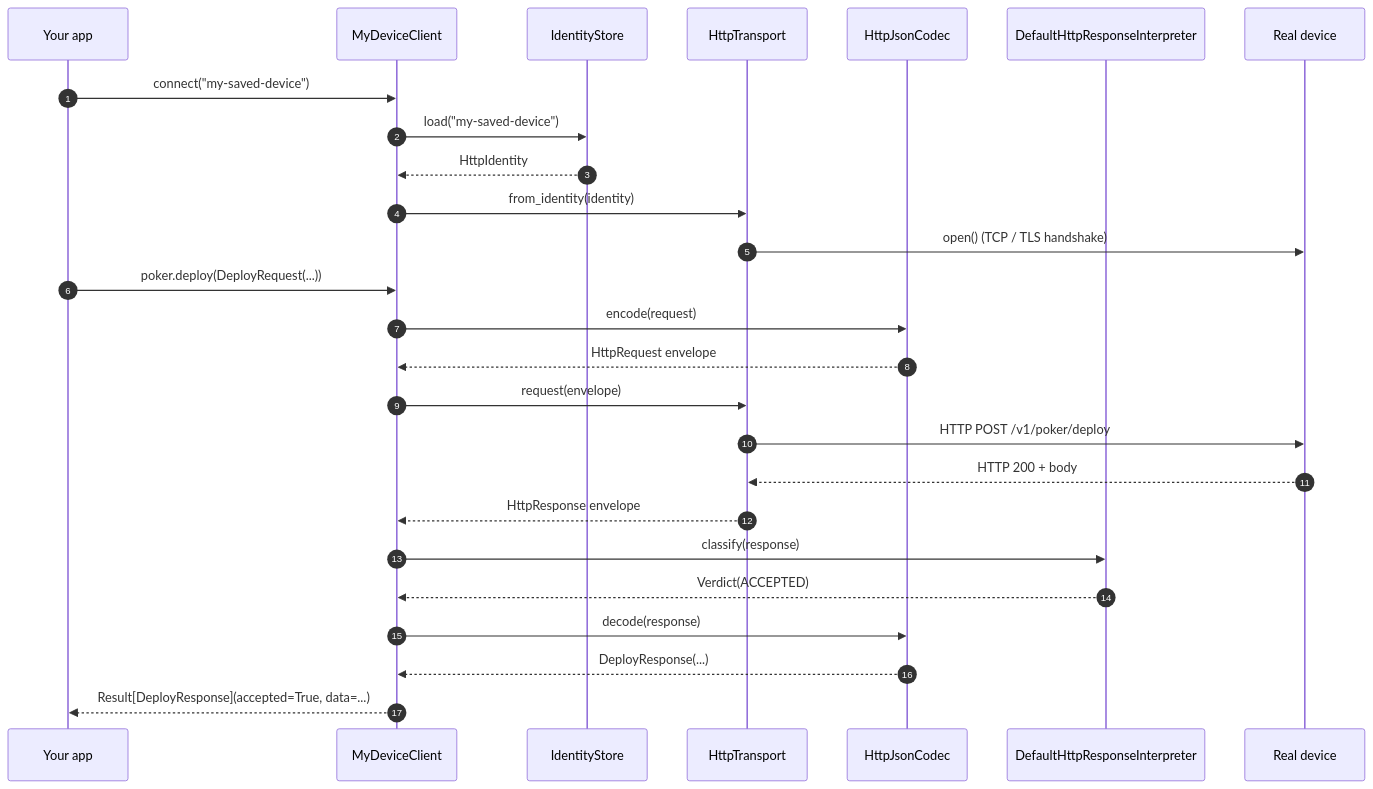
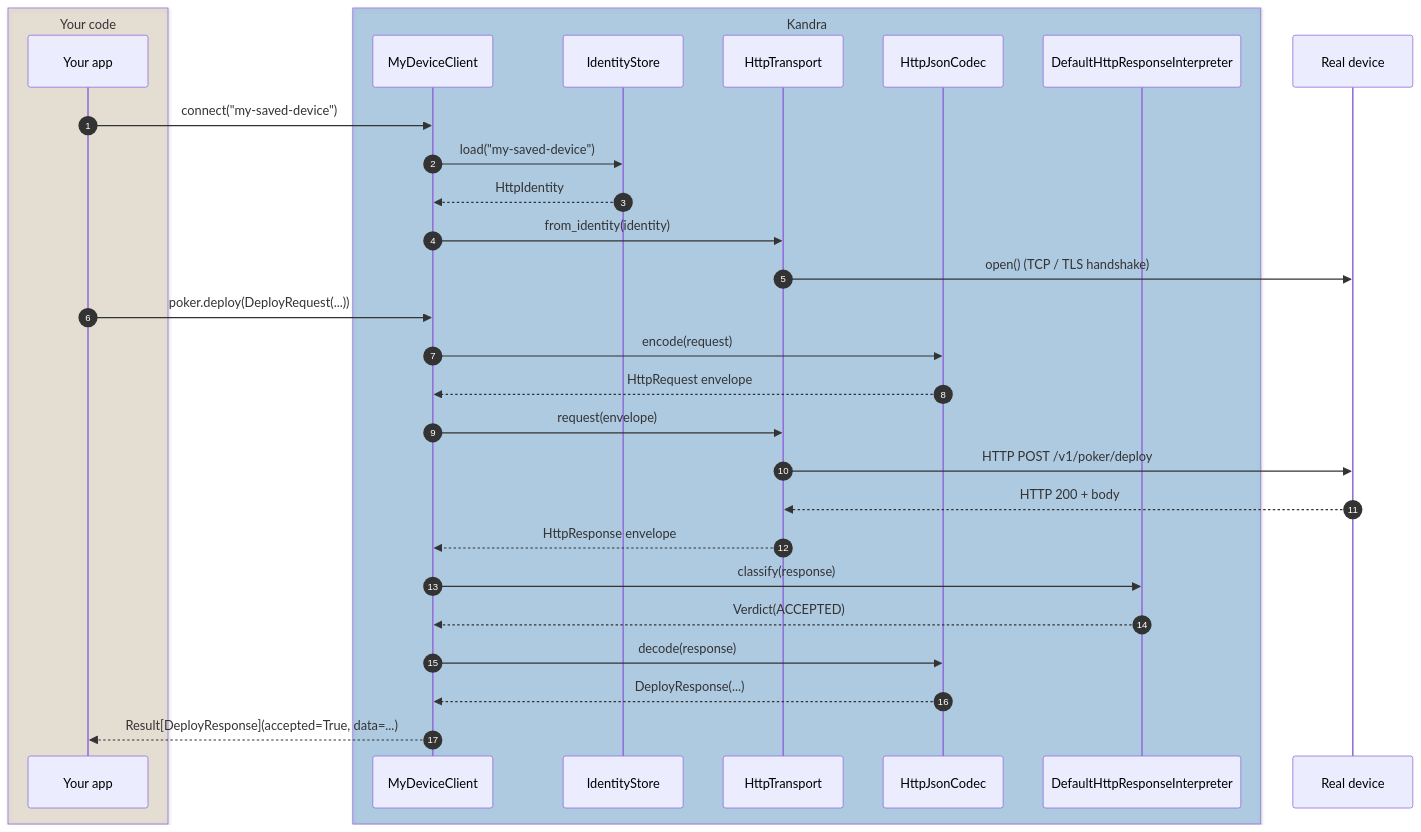
One commit to jugglingbear/kandra changed the third of 3 diagrams in docs/concepts/architecture.md. Above: the diagram before and after it, drawn with Mermaid. The commit also changed 1 other file, not shown here.

Commit message:
docs: tint runtime sequence diagram by authorship
Group the Data Flow at Runtime participants into a tan Your code box and a blue Kandra box, leaving the real
device unboxed. Document the sequence-diagram form of the color convention, and note that only diagrams
mixing user and Kandra code should be colored.

````diff
--- a/docs/concepts/architecture.md
+++ b/docs/concepts/architecture.md
@@ -189,30 +189,34 @@
 ```{mermaid}
 sequenceDiagram
     autonumber
-    participant App as Your app
-    participant Client as MyDeviceClient
-    participant Store as IdentityStore
-    participant Transport as HttpTransport
-    participant Codec as HttpJsonCodec
-    participant ResponseInterpreter as DefaultHttpResponseInterpreter
+    box rgba(210,190,154,0.3) Your code
+        participant App as Your app
+    end
+    box rgba(33,126,202,0.3) Kandra
+        participant Client as MyDeviceClient
+        participant Store as IdentityStore
+        participant Transport as HttpTransport
+        participant Codec as HttpJsonCodec
+        participant ResponseInterpreter as DefaultHttpResponseInterpreter
+    end
     participant Device as Real device
 
     App->>Client: connect("my-saved-device")
     Client->>Store: load("my-saved-device")
     Store-->>Client: HttpIdentity
     Client->>Transport: from_identity(identity)
     Transport->>Device: open() (TCP / TLS handshake)
 
     App->>Client: poker.deploy(DeployRequest(...))
     Client->>Codec: encode(request)
     Codec-->>Client: HttpRequest envelope
     Client->>Transport: request(envelope)
     Transport->>Device: HTTP POST /v1/poker/deploy
     Device-->>Transport: HTTP 200 + body
     Transport-->>Client: HttpResponse envelope
     Client->>ResponseInterpreter: classify(response)
     ResponseInterpreter-->>Client: Verdict(ACCEPTED)
     Client->>Codec: decode(response)
     Codec-->>Client: DeployResponse(...)
     Client-->>App: Result[DeployResponse](accepted=True, data=...)
 ```
````
